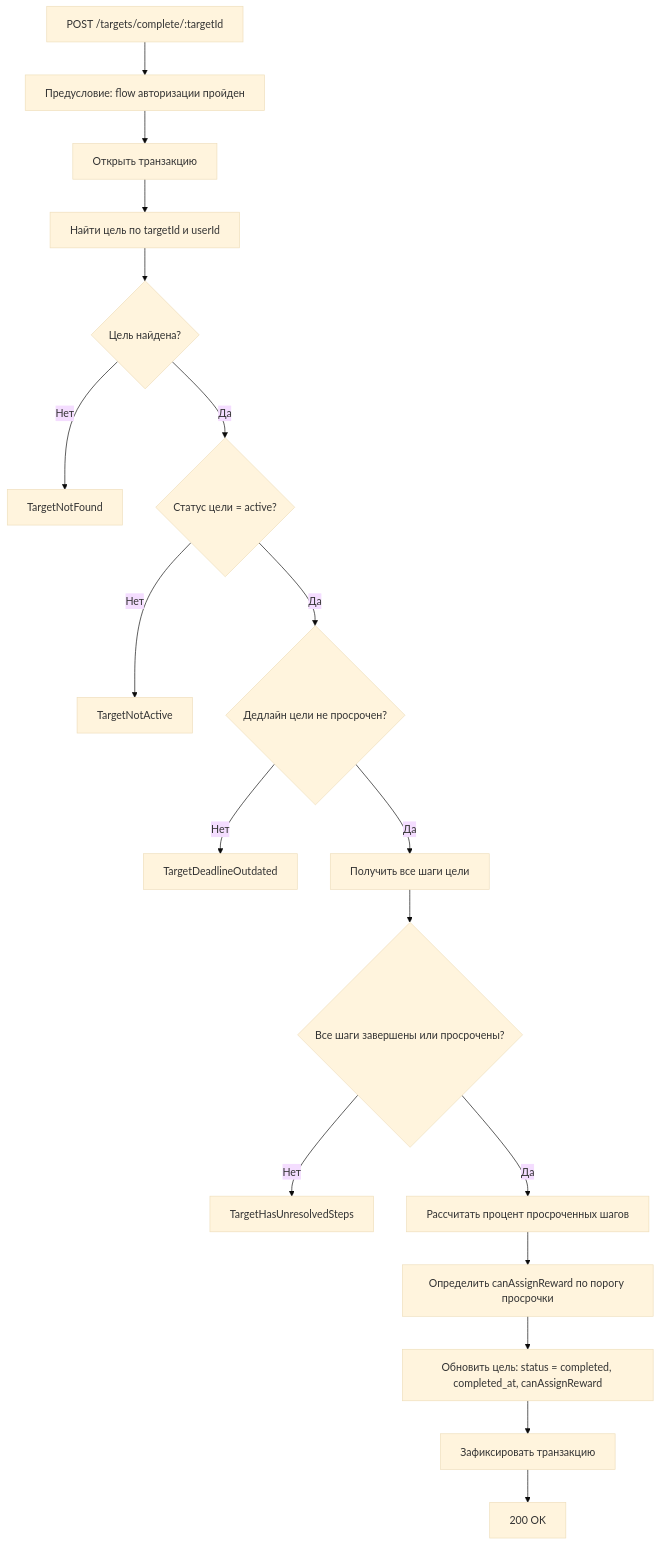
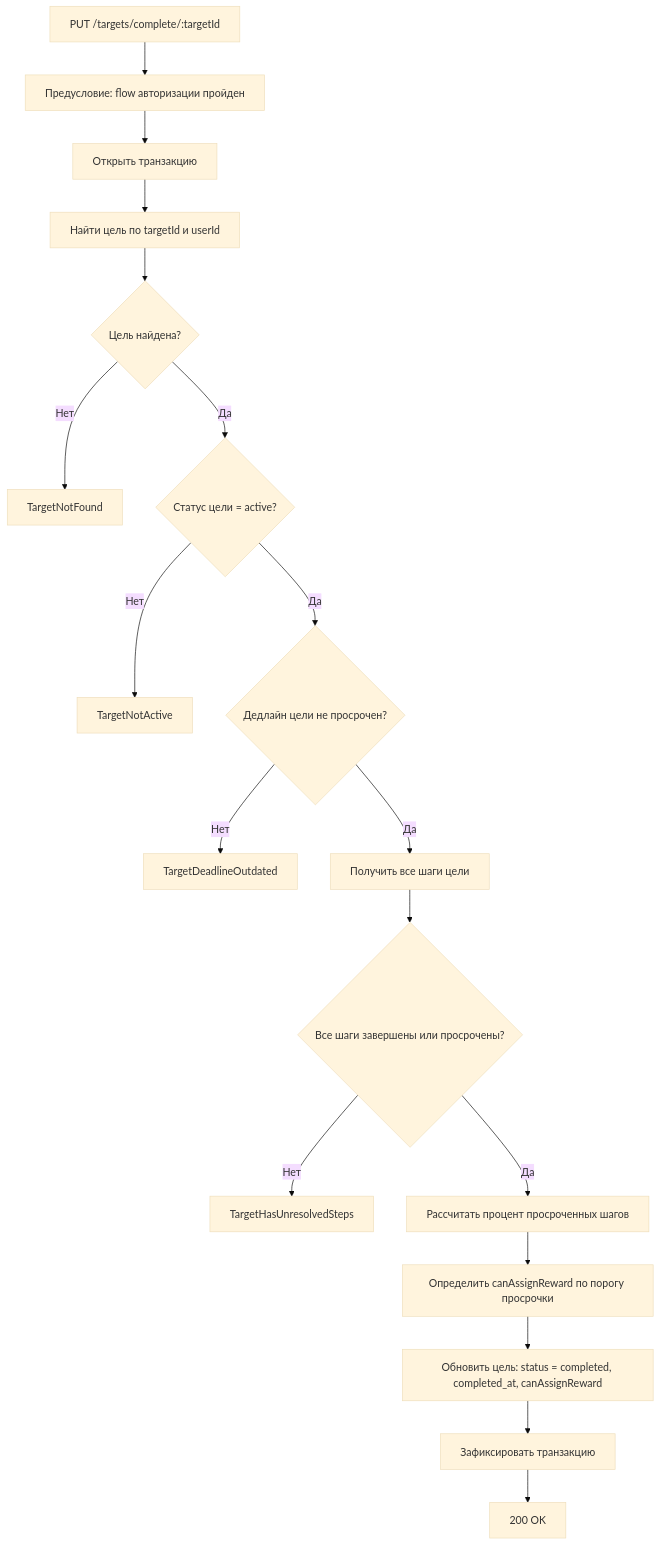
Before and after one commit to alexanderKaramushko/goals-service: the eighth of 9 diagrams in docs/docs/Документация/4-business-processes.md, drawn with Mermaid (base theme). The commit also changed other lines of this file, not shown here.

````diff
--- a/docs/docs/Документация/4-business-processes.md
+++ b/docs/docs/Документация/4-business-processes.md
@@ -306,25 +306,25 @@
 ```mermaid
 ---
 config:
   flowchart:
     wrappingWidth: 320
 ---
 flowchart TD
-    A["POST /targets/complete/:targetId"] --> B["Предусловие: flow авторизации пройден"]
+    A["PUT /targets/complete/:targetId"] --> B["Предусловие: flow авторизации пройден"]
     B --> C["Открыть транзакцию"]
     C --> D["Найти цель по targetId и userId"]
     D --> E{"Цель найдена?"}
     E -- Нет --> F[TargetNotFound]
     E -- Да --> G{"Статус цели = active?"}
     G -- Нет --> H[TargetNotActive]
     G -- Да --> I{"Дедлайн цели не просрочен?"}
     I -- Нет --> J[TargetDeadlineOutdated]
     I -- Да --> K["Получить все шаги цели"]
     K --> L{"Все шаги завершены или просрочены?"}
     L -- Нет --> M[TargetHasUnresolvedSteps]
     L -- Да --> N["Рассчитать процент просроченных шагов"]
     N --> O["Определить canAssignReward по порогу просрочки"]
     O --> P["Обновить цель: status = completed, completed_at, canAssignReward"]
     P --> Q["Зафиксировать транзакцию"]
     Q --> R[200 OK]
 ```
````
